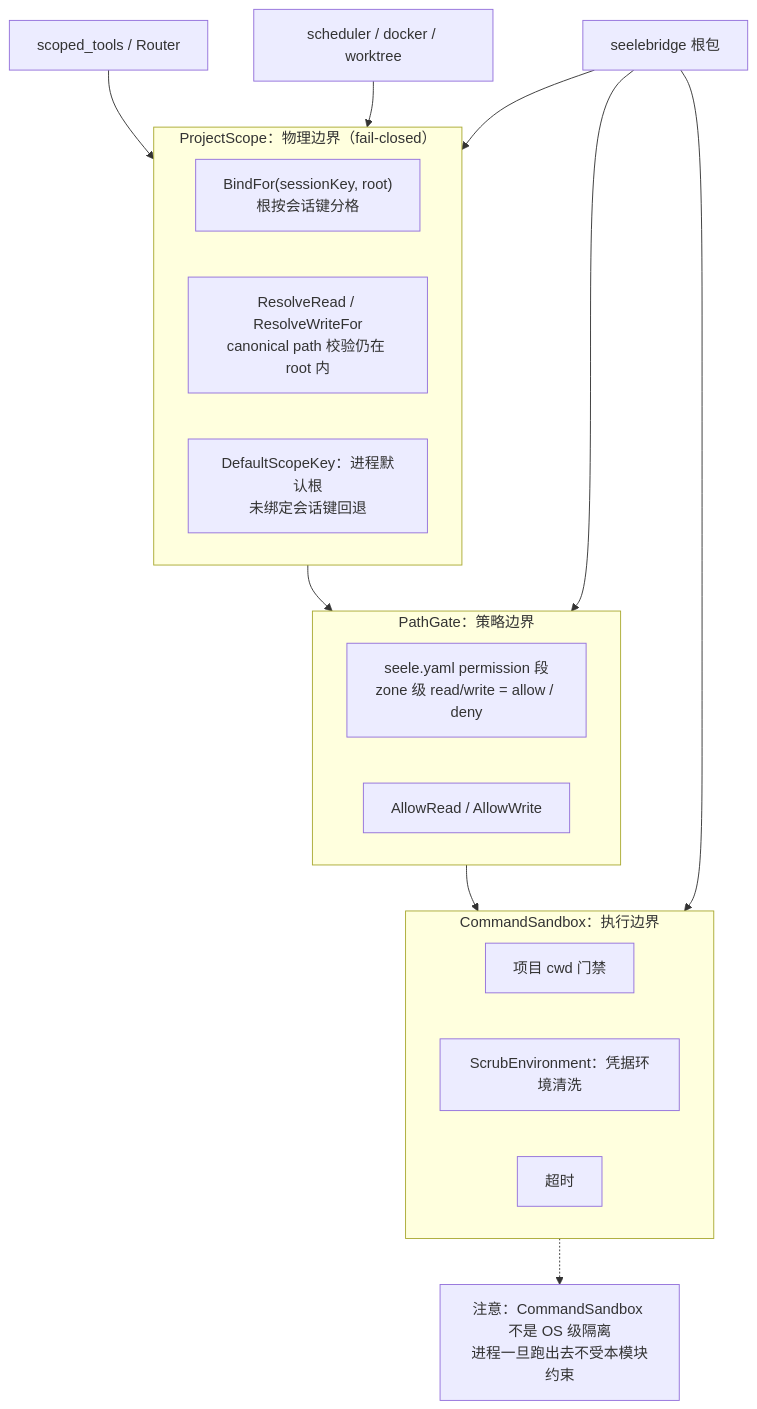
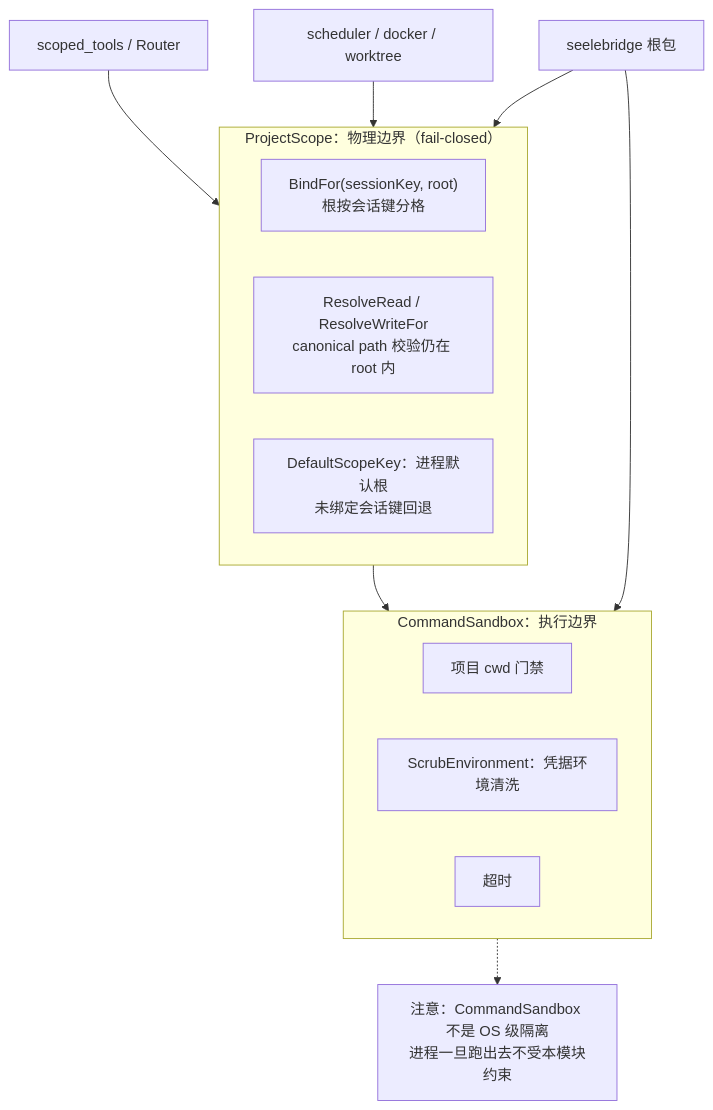
The diagram in seelebridge/security/README.md (RedHuang-0622/seelex), drawn with Mermaid before and after one commit. The commit also changed other lines of this file and 16 other files, not shown here.

First line of the commit message:
refactor(core,seelebridge,docs): 死代码第 1 轮——删零消费者条目 + 退场无调用点的 PathGate（阶段三 W4）

````diff
--- a/seelebridge/security/README.md
+++ b/seelebridge/security/README.md
@@ -27,29 +26,22 @@
 ```mermaid
 flowchart TB
     subgraph SCOPE["ProjectScope：物理边界（fail-closed）"]
         BIND["BindFor(sessionKey, root)<br/>根按会话键分格"]
         RESOLVE["ResolveRead / ResolveWriteFor<br/>canonical path 校验仍在 root 内"]
         DEFAULT["DefaultScopeKey：进程默认根<br/>未绑定会话键回退"]
-    end
-
-    subgraph GATE["PathGate：策略边界"]
-        RULES["seele.yaml permission 段<br/>zone 级 read/write = allow / deny"]
-        DEC["AllowRead / AllowWrite"]
     end
 
     subgraph CMD["CommandSandbox：执行边界"]
         CWD["项目 cwd 门禁"]
         SCRUB["ScrubEnvironment：凭据环境清洗"]
         TMO["超时"]
     end
 
     TOOL["scoped_tools / Router"] --> SCOPE
-    SCOPE --> GATE
-    GATE --> CMD
+    SCOPE --> CMD
     SCHED["scheduler / docker / worktree"] --> SCOPE
     ROOT["seelebridge 根包"] --> SCOPE
-    ROOT --> GATE
     ROOT --> CMD
     NOTE["注意：CommandSandbox 不是 OS 级隔离<br/>进程一旦跑出去不受本模块约束"]
     CMD -.-> NOTE
 ```
````
